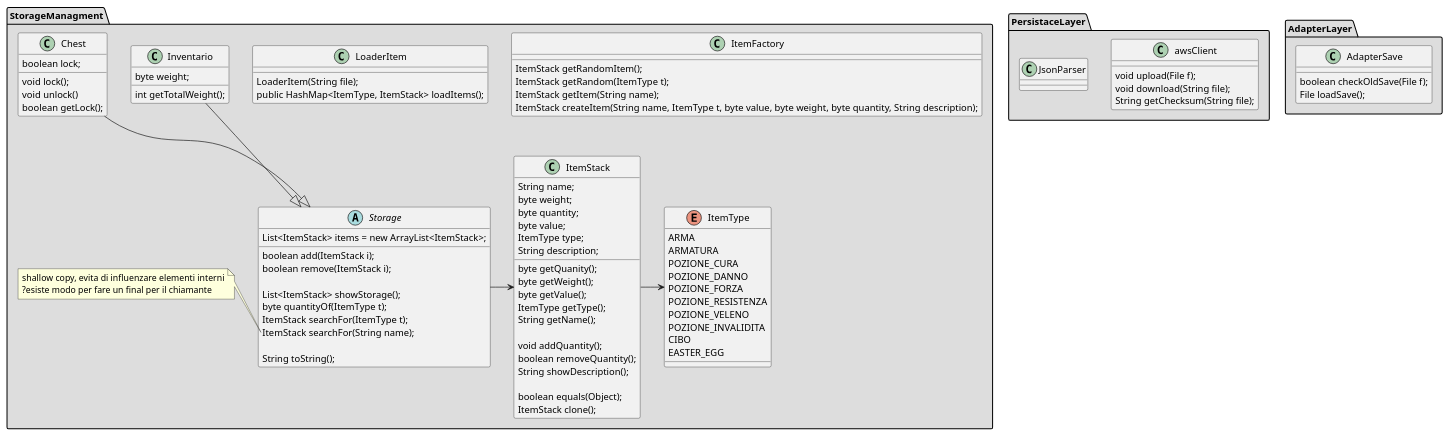
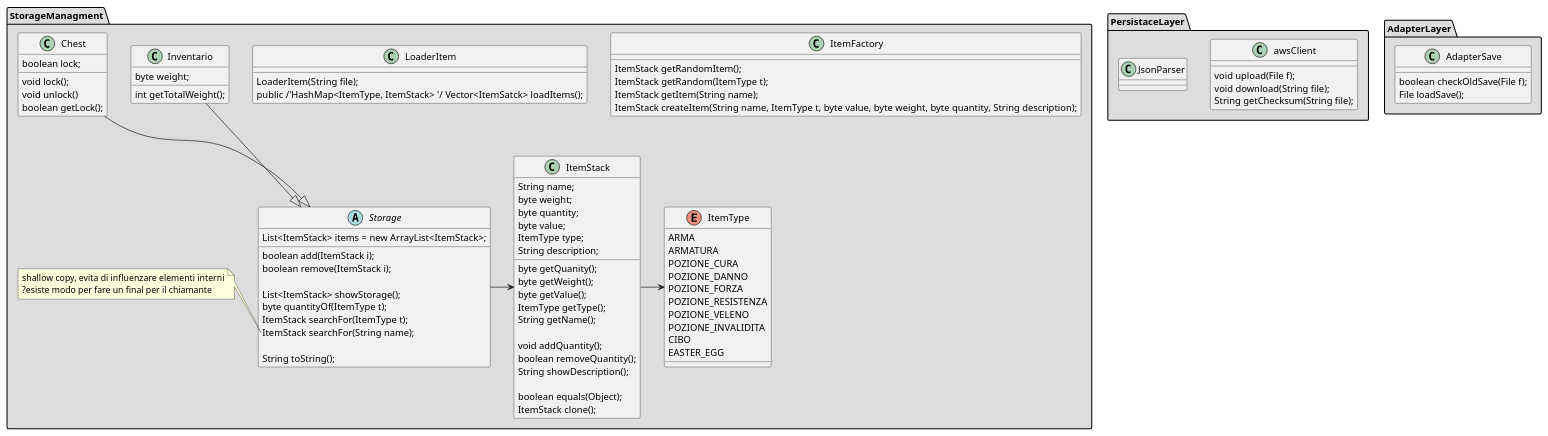
The diagram in DiagrammiUML/ClassDiagram(Storage-Persistance-Adapter).puml (PdP03/ACMD), drawn with PlantUML before and after one commit.

Commit message:
Update ClassDiagram(Storage-Persistance-Adapter).puml
vector e liste, al posto di hashmap. Altrimenti non abbiamo chiavi uniche o rognose da calcolare (dovrei farmi un array di stringhe per tenere in memoria le chiavi.. si può ma non mi pare una soluzione bellissima)

```diff
--- a/DiagrammiUML/ClassDiagram(Storage-Persistance-Adapter).puml
+++ b/DiagrammiUML/ClassDiagram(Storage-Persistance-Adapter).puml
@@ -1,114 +1,114 @@
 @startuml
 package "StorageManagment" #DDDDDD{  /'songole tipologie elementi'/
 class ItemFactory      /'alloca oggetti prendendo da caratteristiche da file di configurazione'/
 {
   ItemStack getRandomItem();
   ItemStack getRandom(ItemType t);
   ItemStack getItem(String name);
   ItemStack createItem(String name, ItemType t, byte value, byte weight, byte quantity, String description); /'nel save si deve aggiungere questo dato'/
 }
 
 class LoaderItem{ /'crea stuttura comoda con tutta configurazione per il factory'/
   LoaderItem(String file);
-  public HashMap<ItemType, ItemStack> loadItems();
+  public /'HashMap<ItemType, ItemStack> '/ Vector<ItemSatck> loadItems(); /'per adesso è più comodo così, tanto per gli iteratori è più facile da cambiare'/
 }
 
 class ItemStack {
   String name;
   byte weight;
   byte quantity;
   byte value;
   ItemType type;   
   String description;
    
   byte getQuanity();
   byte getWeight();
   byte getValue();
   ItemType getType();
   String getName();
 
   void addQuantity();
   boolean removeQuantity();
   String showDescription();
 
   boolean equals(Object);
   ItemStack clone();
 }
 
 enum ItemType{
   ARMA
   ARMATURA
   POZIONE_CURA
   POZIONE_DANNO
   POZIONE_FORZA
   POZIONE_RESISTENZA
   POZIONE_VELENO
   POZIONE_INVALIDITA
   CIBO
   EASTER_EGG
 }
 
 /'gestione di infiniti item'/
 abstract Storage{   
   List<ItemStack> items = new ArrayList<ItemStack>;
 
   boolean add(ItemStack i);
   boolean remove(ItemStack i);
 
   List<ItemStack> showStorage();
   byte quantityOf(ItemType t);
   ItemStack searchFor(ItemType t);
   ItemStack searchFor(String name);
 
   String toString();
 }
 note left of Storage::"searchFor(String name)"
 shallow copy, evita di influenzare elementi interni
 ?esiste modo per fare un final per il chiamante
 end note
 
 class Inventario{
   byte weight;
   int getTotalWeight();
 /'overload di add e remove'/
 }
 
 class Chest{
   boolean lock;
   
   void lock();
   void unlock()
   boolean getLock(); /'o meglio chiamarlo getState?'/
 
 }
 
 }
 Storage -> ItemStack 
 Inventario --|> Storage
 
 Chest --|> Storage
 ItemStack -> ItemType
 
 
 
 
 package PersistaceLayer #DDDDDD{
   class awsClient{
     void upload(File f);
     void download(String file);
     String getChecksum(String file);  
   }
 
   class JsonParser{
     
   }
   
 }
 
 package AdapterLayer #DDDDDD{
   class AdapterSave{
     boolean checkOldSave(File f);
     File loadSave(); /'file'/
   }
 }
 @enduml
```
